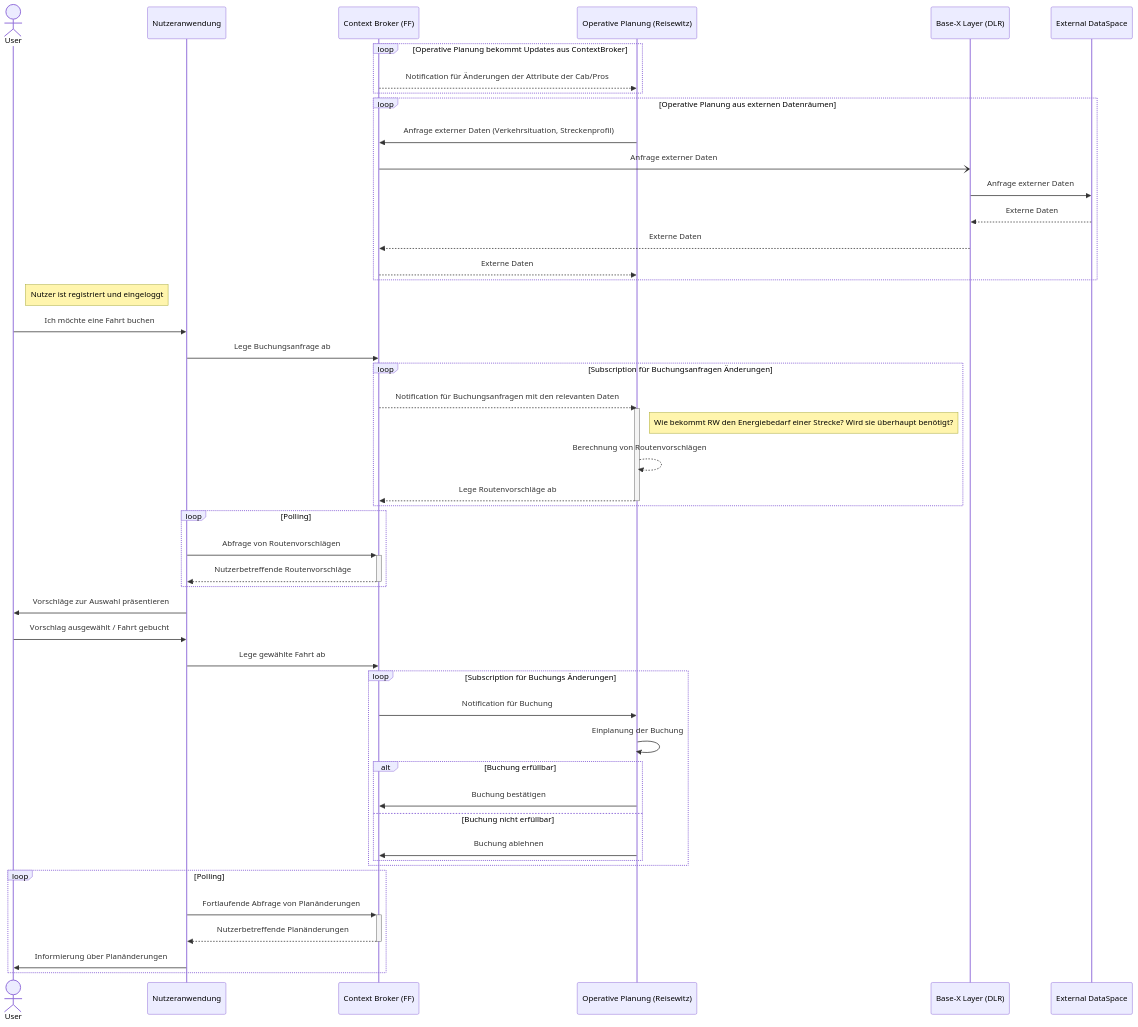
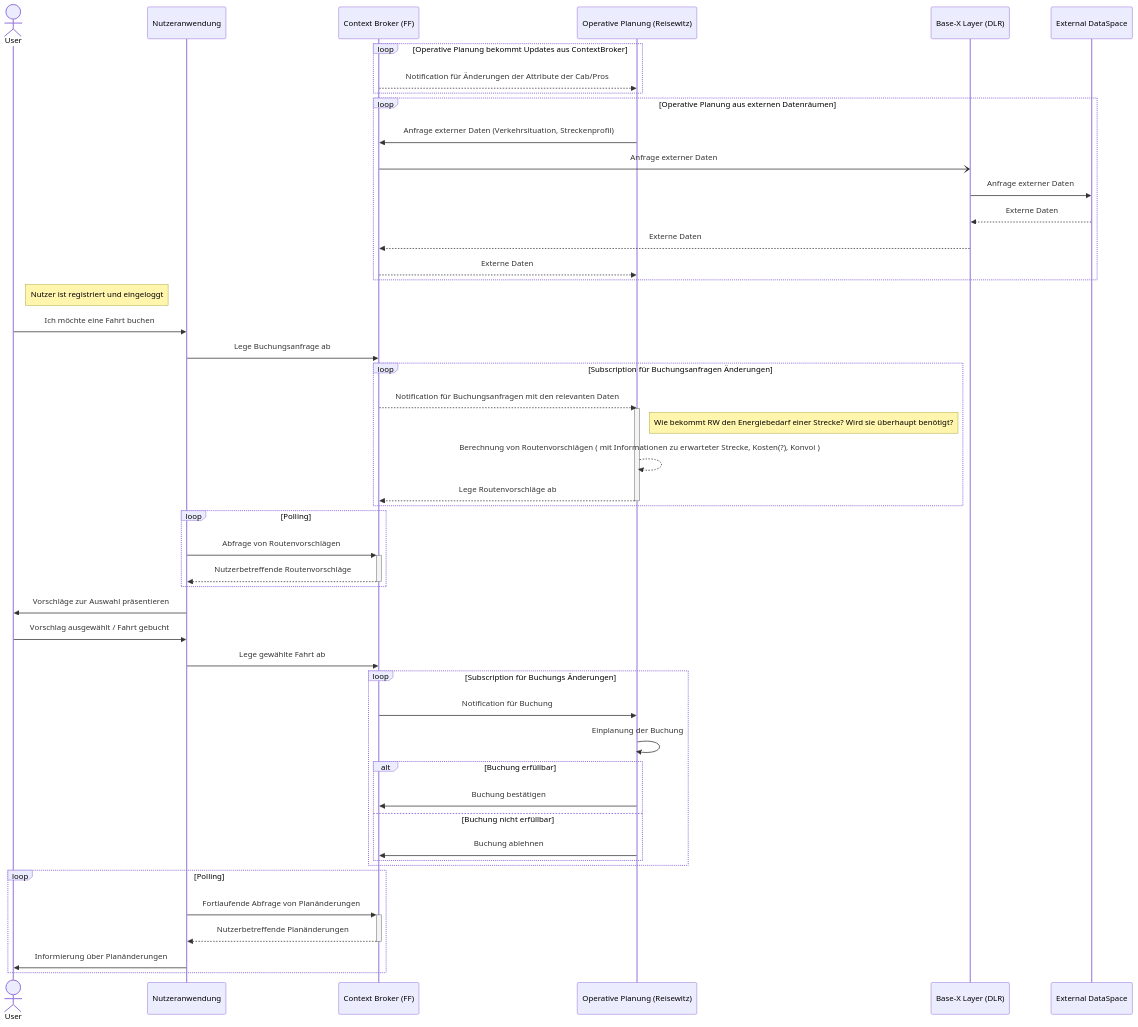
The diagram in README.md (NeMo-bil/documentation), drawn with Mermaid before and after one commit.

Commit message:
Anfrage mit Infos

````diff
--- a/README.md
+++ b/README.md
@@ -8,67 +8,67 @@
 ```mermaid
 sequenceDiagram
 %% auskommentieren wenn wir Details zur Kommunikation aufschreiben
 %% autonumber
 %% Benutzer definieren
 actor User
 %% technische Teilnehmer/Componenten definieren
 participant App as Nutzeranwendung
 participant CB as Context Broker (FF)
 participant RW as Operative Planung (Reisewitz)
 participant BX as Base-X Layer (DLR)
 participant EXDS as External DataSpace
 
 loop Operative Planung bekommt Updates aus ContextBroker
 CB-->>RW: Notification für Änderungen der Attribute der Cab/Pros
 end
 
 loop Operative Planung aus externen Datenräumen
 
 RW->>CB:Anfrage externer Daten (Verkehrsituation, Streckenprofil)
 CB-)BX:Anfrage externer Daten 
 BX->>EXDS: Anfrage externer Daten 
 EXDS-->>BX: Externe Daten 
 BX-->>CB: Externe Daten 
 CB-->>RW: Externe Daten 
 end
 
 Note right of User: Nutzer ist registriert und eingeloggt
 User->>App: Ich möchte eine Fahrt buchen
 App->>CB: Lege Buchungsanfrage ab
 loop Subscription für Buchungsanfragen Änderungen
 CB-->>RW: Notification für Buchungsanfragen mit den relevanten Daten
 
 activate RW
 Note right of RW: Wie bekommt RW den Energiebedarf einer Strecke? Wird sie überhaupt benötigt?
-RW-->>RW: Berechnung von Routenvorschlägen
+RW-->>RW: Berechnung von Routenvorschlägen ( mit Informationen zu erwarteter Strecke, Kosten(?), Konvoi )
 %% Abfrage von Streckenprofil in gegebenem Bereich -> Abgleich des ermittelten Energiebedarfs/Zielzeit
 
 RW-->>CB: Lege Routenvorschläge ab
 deactivate RW
 end
 
 loop Polling
 App->>+CB: Abfrage von Routenvorschlägen
 CB-->>-App: Nutzerbetreffende Routenvorschläge
 end
 
 App->>User: Vorschläge zur Auswahl präsentieren
 User->>App: Vorschlag ausgewählt / Fahrt gebucht
 App->>CB: Lege gewählte Fahrt ab
 
 loop Subscription für Buchungs Änderungen
 CB->>RW: Notification für Buchung
 RW->>RW: Einplanung der Buchung
     alt Buchung erfüllbar
             RW->>CB:  Buchung bestätigen
     else Buchung nicht erfüllbar
             RW->>CB:  Buchung ablehnen
     end
 end
 
 loop Polling
 App->>+CB: Fortlaufende Abfrage von Planänderungen
 CB-->>-App: Nutzerbetreffende Planänderungen
 App->>User: Informierung über Planänderungen
 end
 ```
````
